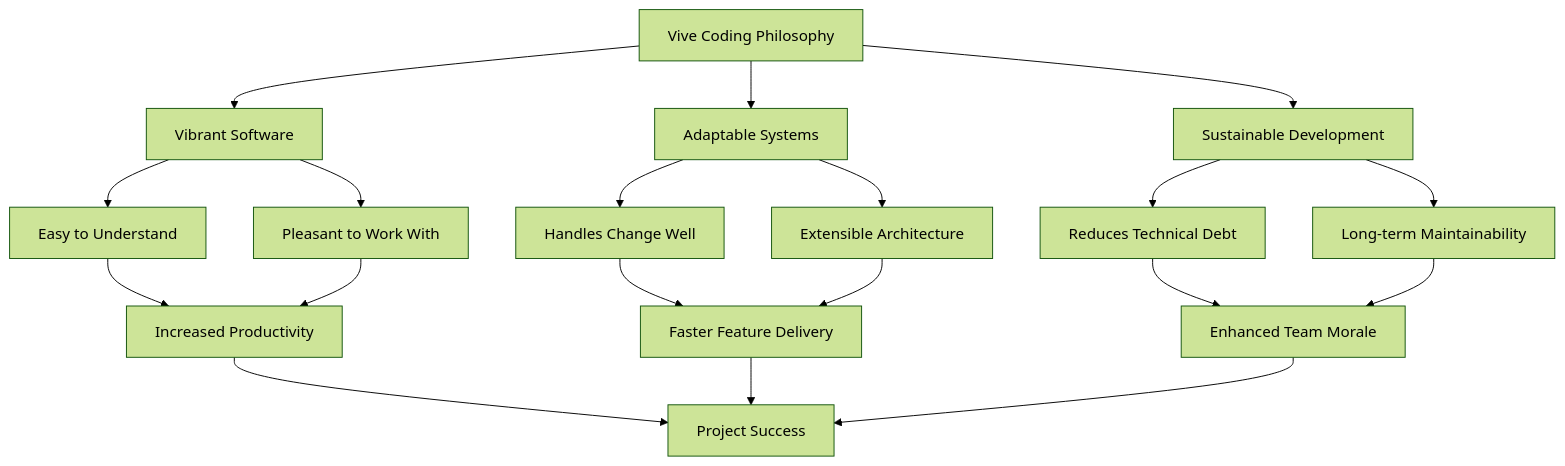
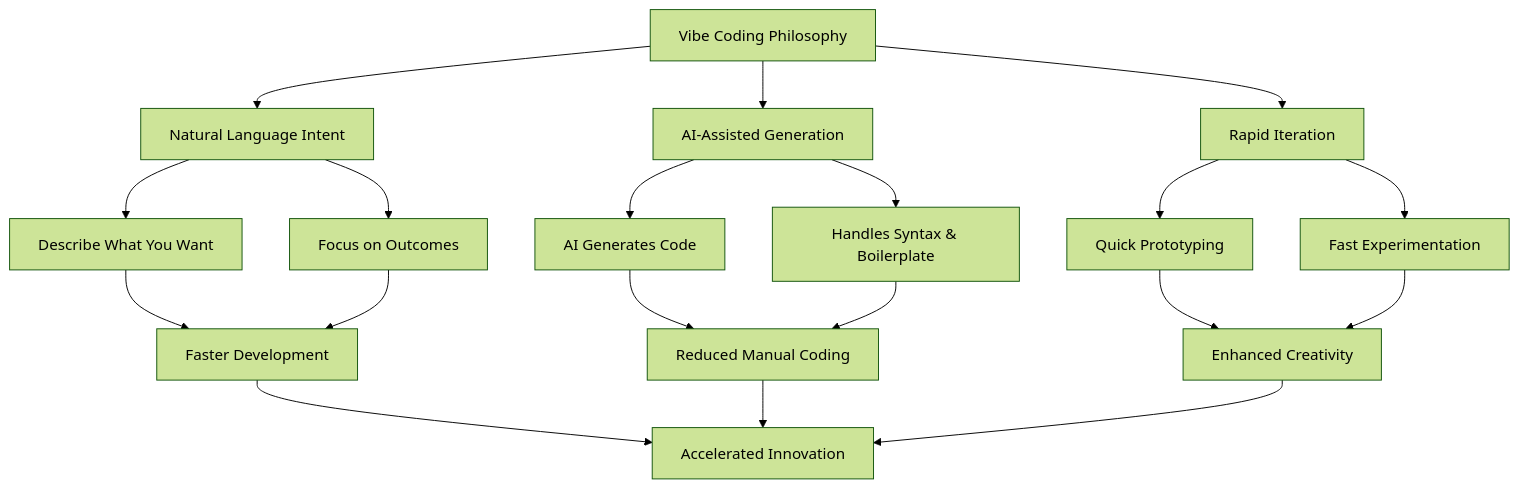
Before and after one commit to hunkim/VibeSoftwareEngineering: the first of 2 diagrams in chapters/chapter-01.md, drawn with Mermaid (forest theme). The commit also changed other lines of this file and 12 other files, not shown here.

First line of the commit message:
refactor(chapters): enhance software engineering documentation with AI-assisted coding principles

````diff
--- a/chapters/chapter-01.md
+++ b/chapters/chapter-01.md
@@ -27,26 +27,26 @@
 ```mermaid
 graph TD
-    A["Vive Coding Philosophy"] --> B["Vibrant Software"]
-    A --> C["Adaptable Systems"]
-    A --> D["Sustainable Development"]
+    A["Vibe Coding Philosophy"] --> B["Natural Language Intent"]
+    A --> C["AI-Assisted Generation"]
+    A --> D["Rapid Iteration"]
     
-    B --> E["Easy to Understand"]
-    B --> F["Pleasant to Work With"]
+    B --> E["Describe What You Want"]
+    B --> F["Focus on Outcomes"]
     
-    C --> G["Handles Change Well"]
-    C --> H["Extensible Architecture"]
+    C --> G["AI Generates Code"]
+    C --> H["Handles Syntax & Boilerplate"]
     
-    D --> I["Reduces Technical Debt"]
-    D --> J["Long-term Maintainability"]
+    D --> I["Quick Prototyping"]
+    D --> J["Fast Experimentation"]
     
-    E --> K["Increased Productivity"]
+    E --> K["Faster Development"]
     F --> K
-    G --> L["Faster Feature Delivery"]
+    G --> L["Reduced Manual Coding"]
     H --> L
-    I --> M["Enhanced Team Morale"]
+    I --> M["Enhanced Creativity"]
     J --> M
     
-    K --> N["Project Success"]
+    K --> N["Accelerated Innovation"]
     L --> N
     M --> N
 ```
````
